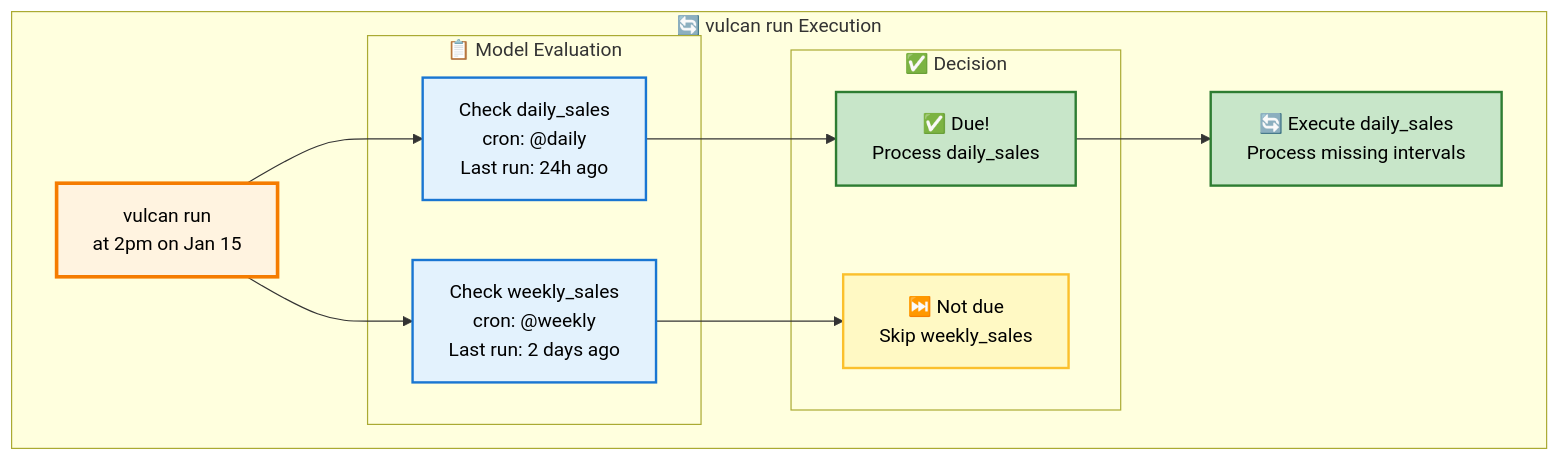
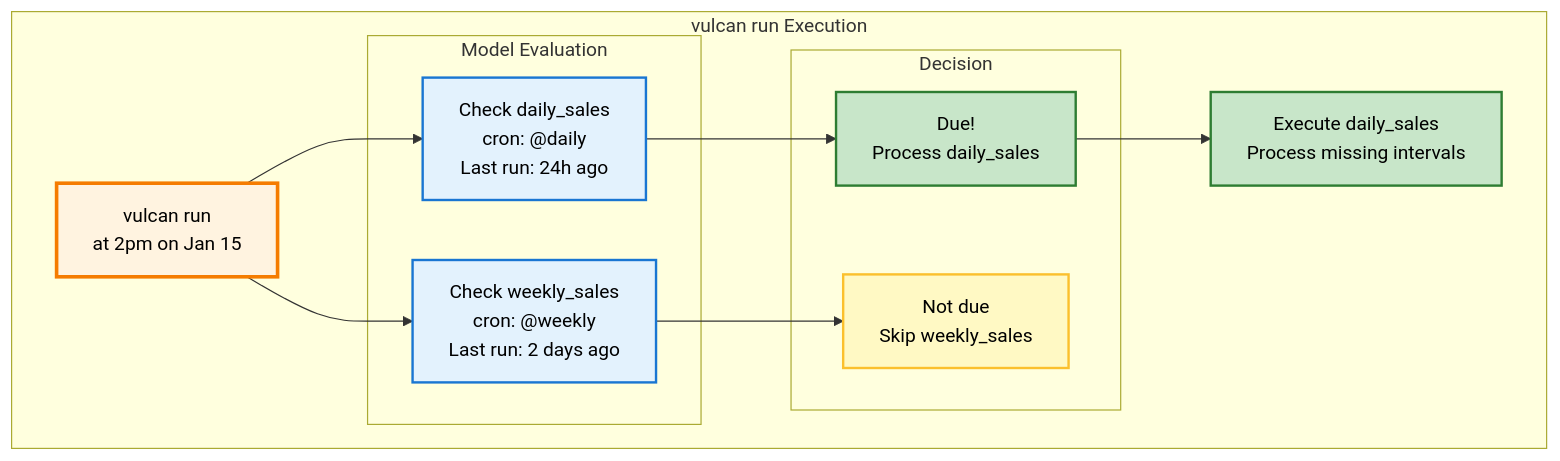
The ninth of 13 diagrams in docs/guides/incremental_by_time.md (tmdc-io/vulcan-book), drawn with Mermaid before and after one commit. The commit also changed other lines of this file and 6 other files, not shown here.

Commit message:
updated mermaid diagrams to remove emojis, commented out the old plan guide o have only the new 2.0 plan guide

````diff
--- a/docs/guides/incremental_by_time.md
+++ b/docs/guides/incremental_by_time.md
@@ -737,33 +737,33 @@
 ```mermaid
 flowchart TB
-    subgraph "🔄 vulcan run Execution"
+    subgraph "vulcan run Execution"
         RUN[vulcan run<br/>at 2pm on Jan 15]
         
-        subgraph "📋 Model Evaluation"
+        subgraph "Model Evaluation"
             CHECK1[Check daily_sales<br/>cron: @daily<br/>Last run: 24h ago]
             CHECK2[Check weekly_sales<br/>cron: @weekly<br/>Last run: 2 days ago]
         end
         
-        subgraph "✅ Decision"
-            DUE1[✅ Due!<br/>Process daily_sales]
-            SKIP[⏭️ Not due<br/>Skip weekly_sales]
+        subgraph "Decision"
+            DUE1[Due!<br/>Process daily_sales]
+            SKIP[Not due<br/>Skip weekly_sales]
         end
         
-        EXEC1[🔄 Execute daily_sales<br/>Process missing intervals]
+        EXEC1[Execute daily_sales<br/>Process missing intervals]
     end
     
     RUN --> CHECK1
     RUN --> CHECK2
     
     CHECK1 --> DUE1
     CHECK2 --> SKIP
     
     DUE1 --> EXEC1
     
     style RUN fill:#fff3e0,stroke:#f57c00,stroke-width:3px,color:#000
     style CHECK1 fill:#e3f2fd,stroke:#1976d2,stroke-width:2px,color:#000
     style CHECK2 fill:#e3f2fd,stroke:#1976d2,stroke-width:2px,color:#000
     style DUE1 fill:#c8e6c9,stroke:#2e7d32,stroke-width:2px,color:#000
     style SKIP fill:#fff9c4,stroke:#fbc02d,stroke-width:2px,color:#000
     style EXEC1 fill:#c8e6c9,stroke:#2e7d32,stroke-width:2px,color:#000
 ```
````
